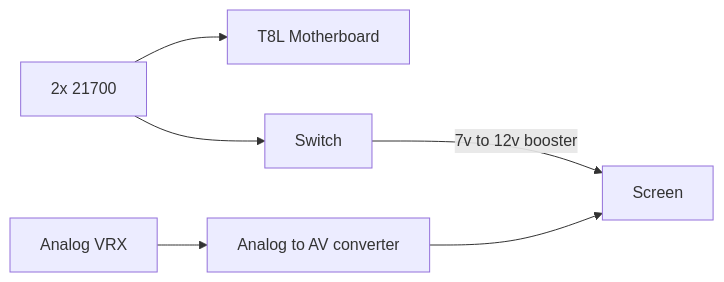
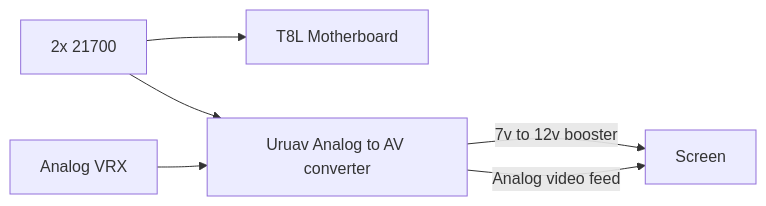
The second of 2 diagrams in README.md (wawannbe/T8L-Analog-Mod), drawn with Mermaid before and after one commit.

Commit message:
Updated wiring diagram

````diff
--- a/README.md
+++ b/README.md
@@ -30,13 +30,12 @@
 ```mermaid
 graph LR
 A[2x 21700]
 B[T8L Motherboard]
-C[Switch]
 D[Screen]
 E[Analog VRX]
-F[Analog to AV converter]
+F[Uruav Analog to AV converter]
 
 A --> B
-A --> C -- 7v to 12v booster --> D
-E --> F --> D
+A --> F -- 7v to 12v booster --> D
+E --> F -- Analog video feed --> D
 ```
````
